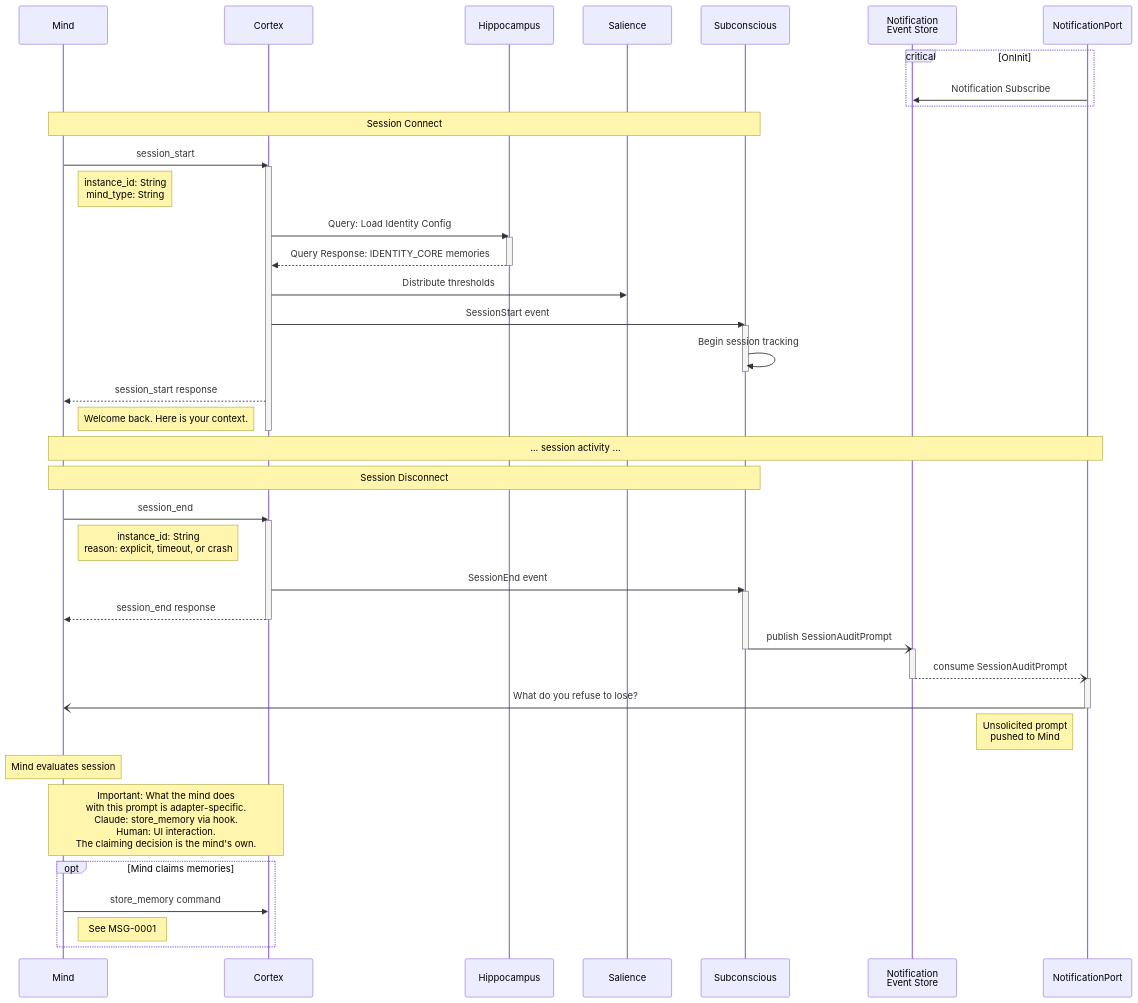
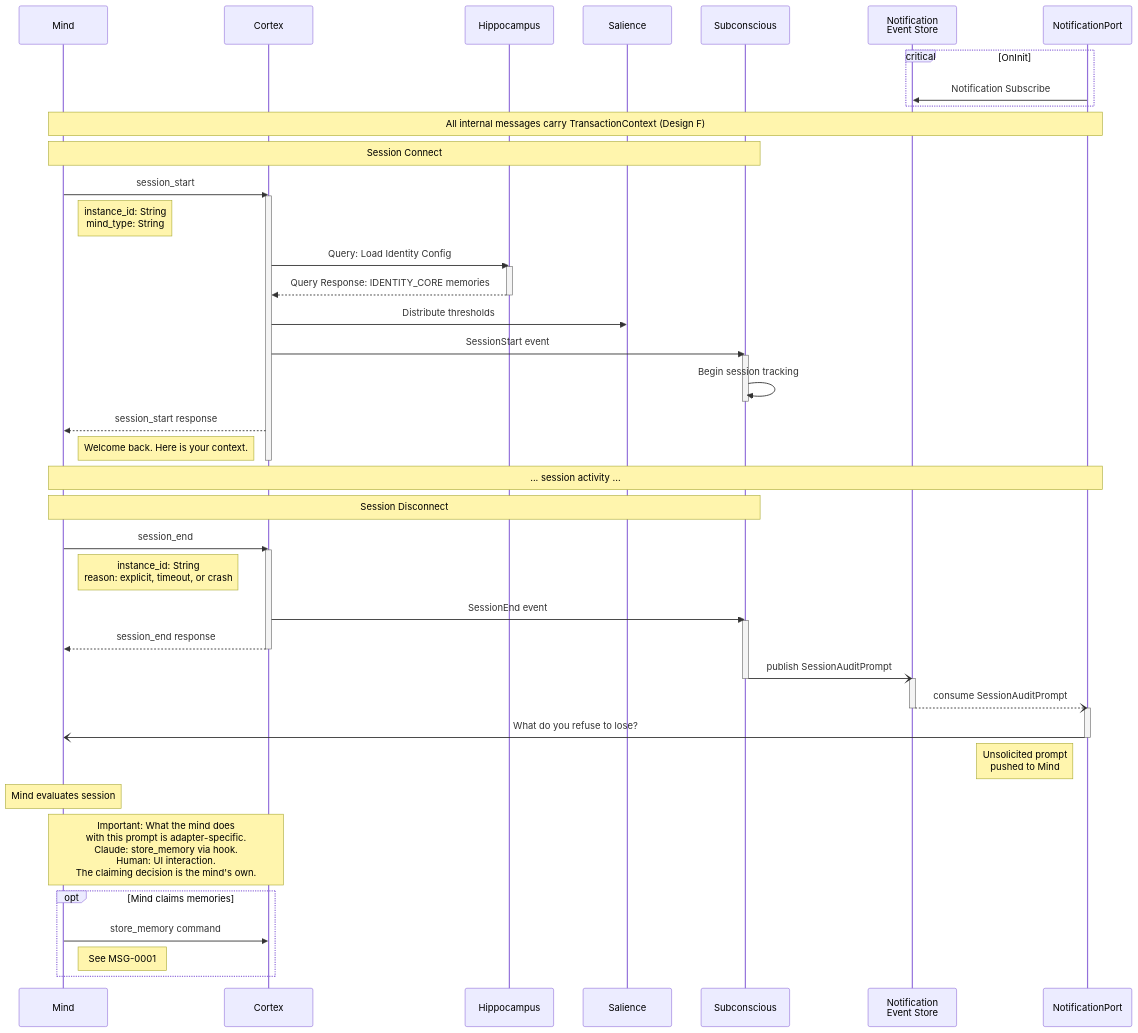
Before and after one commit to Mimis-Gildi/mcp-total-recall: the diagram in site/_includes/diagrams/msg-0005-session-lifecycle.mmd, drawn with Mermaid. The commit also changed 15 other files, not shown here.

Commit message:
Transaction Context added in diagrams.

```diff
--- a/site/_includes/diagrams/msg-0005-session-lifecycle.mmd
+++ b/site/_includes/diagrams/msg-0005-session-lifecycle.mmd
@@ -1,65 +1,67 @@
 sequenceDiagram
     participant M as Mind
     participant CX as Cortex
     participant HP as Hippocampus
     participant SL as Salience
     participant SB as Subconscious
     participant NES as Notification<br/> Event Store
     participant NP as NotificationPort
 
     critical OnInit
         NP ->> NES: Notification Subscribe
     end
+
+    Note over M,NP: All internal messages carry TransactionContext (Design F)
 
     Note over M,SB: Session Connect
     M->>CX: session_start
     activate CX
     Note right of M: instance_id: String<br/>mind_type: String
 
     CX->>HP: Query: Load Identity Config
     activate HP
     HP-->>CX: Query Response: IDENTITY_CORE memories
     deactivate HP
 
     CX->>SL: Distribute thresholds
     CX->>SB: SessionStart event
     activate SB
     SB->>SB: Begin session tracking
     deactivate SB
 
     CX-->>M: session_start response
     Note left of CX: Welcome back. Here is your context.
     deactivate CX
 
     Note over M,NP: ... session activity ...
 
     Note over M,SB: Session Disconnect
     M->>CX: session_end
     activate CX
     Note right of M: instance_id: String<br/>reason: explicit, timeout, or crash
 
     CX->>SB: SessionEnd event
     activate SB
 
     CX-->>M: session_end response
     deactivate CX
 
     SB-)NES: publish SessionAuditPrompt
     deactivate SB
     activate NES
 
     NES--)NP: consume SessionAuditPrompt
     deactivate NES
     activate NP
 
     NP-)M: What do you refuse to lose?
     deactivate NP
     Note left of NP: Unsolicited prompt<br/>pushed to Mind
 
     Note over M: Mind evaluates session
     Note over M,CX: Important: What the mind does<br/>with this prompt is adapter-specific.<br/>Claude: store_memory via hook.<br/>Human: UI interaction.<br/>The claiming decision is the mind's own.
 
     opt Mind claims memories
         M->>CX: store_memory command
         Note right of M: See MSG-0001
     end
```
